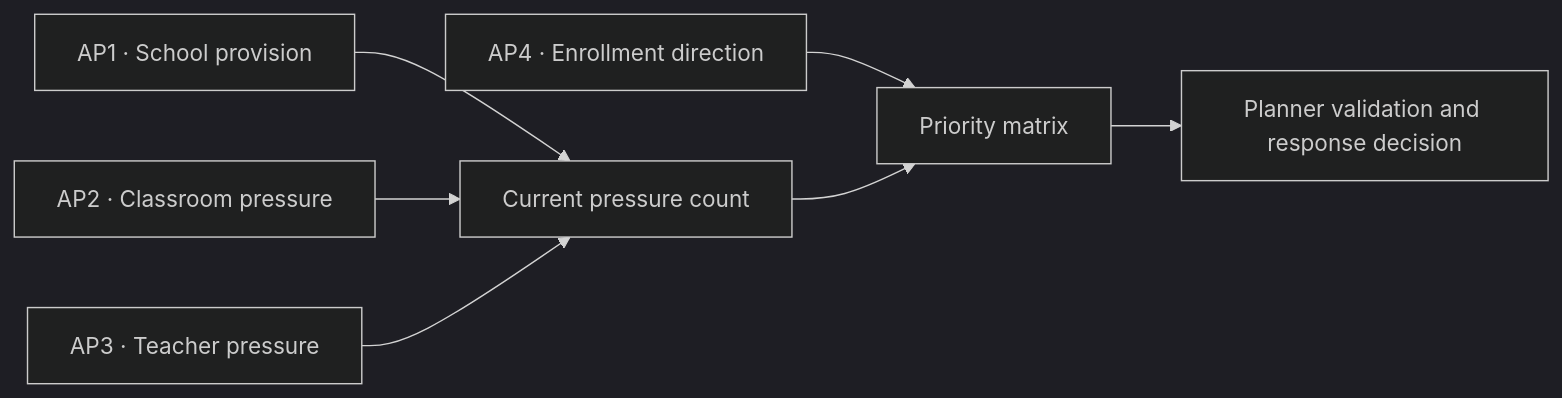
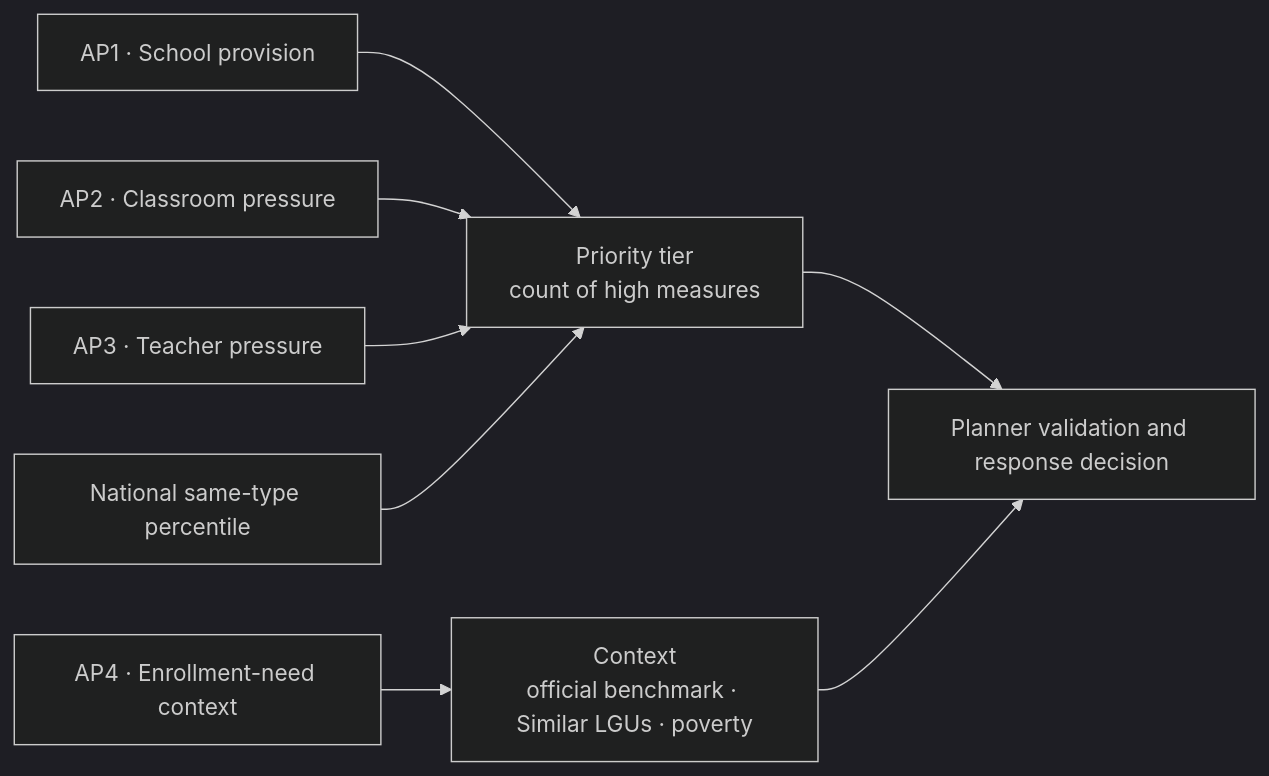
Before and after one commit to reached-hq/edu-access-intelligence: the diagram in docs/business/business-analytics-problem.md, drawn with Mermaid (dark theme). The commit also changed other lines of this file and 17 other files, not shown here.

````diff
--- a/docs/business/business-analytics-problem.md
+++ b/docs/business/business-analytics-problem.md
@@ -44,9 +43,10 @@
 ```mermaid
 flowchart LR
-    AP1["AP1 · School provision"] --> P["Current pressure count"]
+    AP1["AP1 · School provision"] --> P["Priority tier<br/>count of high measures"]
     AP2["AP2 · Classroom pressure"] --> P
     AP3["AP3 · Teacher pressure"] --> P
-    AP4["AP4 · Enrollment direction"] --> M["Priority matrix"]
-    P --> M
-    M --> R["Planner validation and response decision"]
+    M["National same-type percentile"] --> P
+    AP4["AP4 · Enrollment-need context"] --> X["Context<br/>official benchmark · Similar LGUs · poverty"]
+    P --> R["Planner validation and response decision"]
+    X --> R
 ```
````
